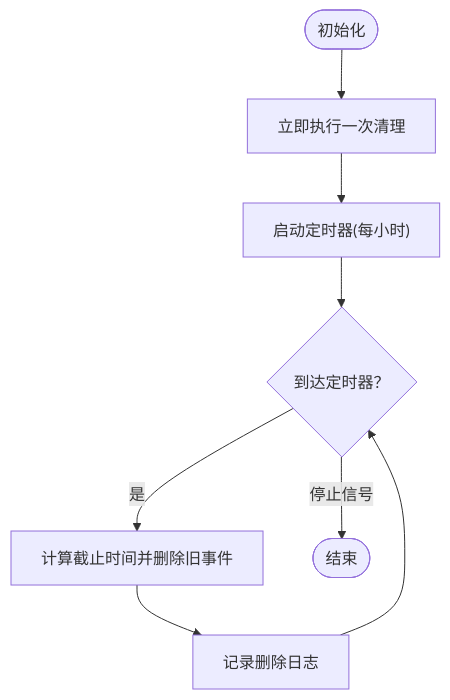
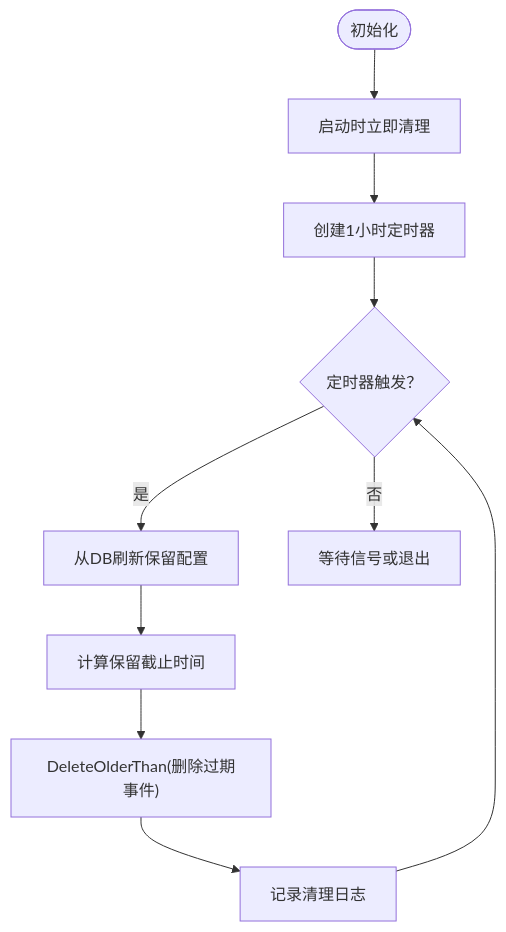
The fifth of 10 diagrams in docs/监控与可观测性/安全事件记录.md (x01n/My-OpenWaf), drawn with Mermaid before and after one commit. The commit also changed other lines of this file and 199 other files, not shown here.

````diff
--- a/docs/监控与可观测性/安全事件记录.md
+++ b/docs/监控与可观测性/安全事件记录.md
@@ -179,10 +188,12 @@
 ```mermaid
 flowchart TD
-Init(["初始化"]) --> FirstRun["立即执行一次清理"]
-FirstRun --> Tick["启动定时器(每小时)"]
-Tick --> Loop{"到达定时器？"}
-Loop --> |是| Cleanup["计算截止时间并删除旧事件"]
-Cleanup --> Log["记录删除日志"]
-Log --> Loop
-Loop --> |停止信号| End(["结束"])
+Init(["初始化"]) --> StartupClean["启动时立即清理"]
+StartupClean --> Ticker["创建1小时定时器"]
+Ticker --> Tick{"定时器触发？"}
+Tick --> |是| Refresh["从DB刷新保留配置"]
+Refresh --> CalcCutOff["计算保留截止时间"]
+CalcCutOff --> Delete["DeleteOlderThan(删除过期事件)"]
+Delete --> Log["记录清理日志"]
+Log --> Tick
+Tick --> |否| Wait["等待信号或退出"]
 ```
````
